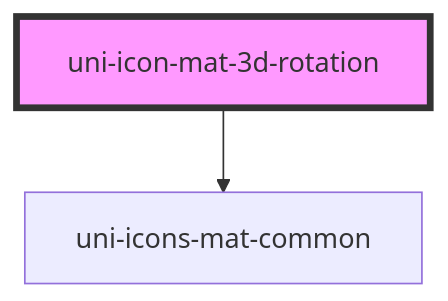
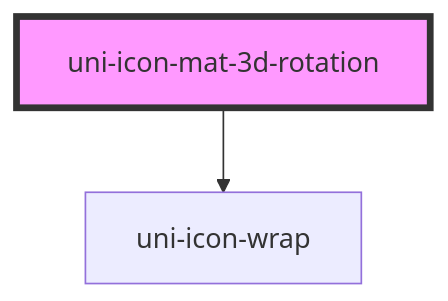
Before and after one commit to uiwebkit/icons: the diagram in src/components/mat/icon/components/3d-rotation/readme.md, drawn with Mermaid. The commit also changed other lines of this file and 15 other files, not shown here.

````diff
--- a/src/components/mat/icon/components/3d-rotation/readme.md
+++ b/src/components/mat/icon/components/3d-rotation/readme.md
@@ -22,5 +27,5 @@
 ```mermaid
 graph TD;
-  uni-icon-mat-3d-rotation --> uni-icons-mat-common
+  uni-icon-mat-3d-rotation --> uni-icon-wrap
   style uni-icon-mat-3d-rotation fill:#f9f,stroke:#333,stroke-width:4px
 ```
````
